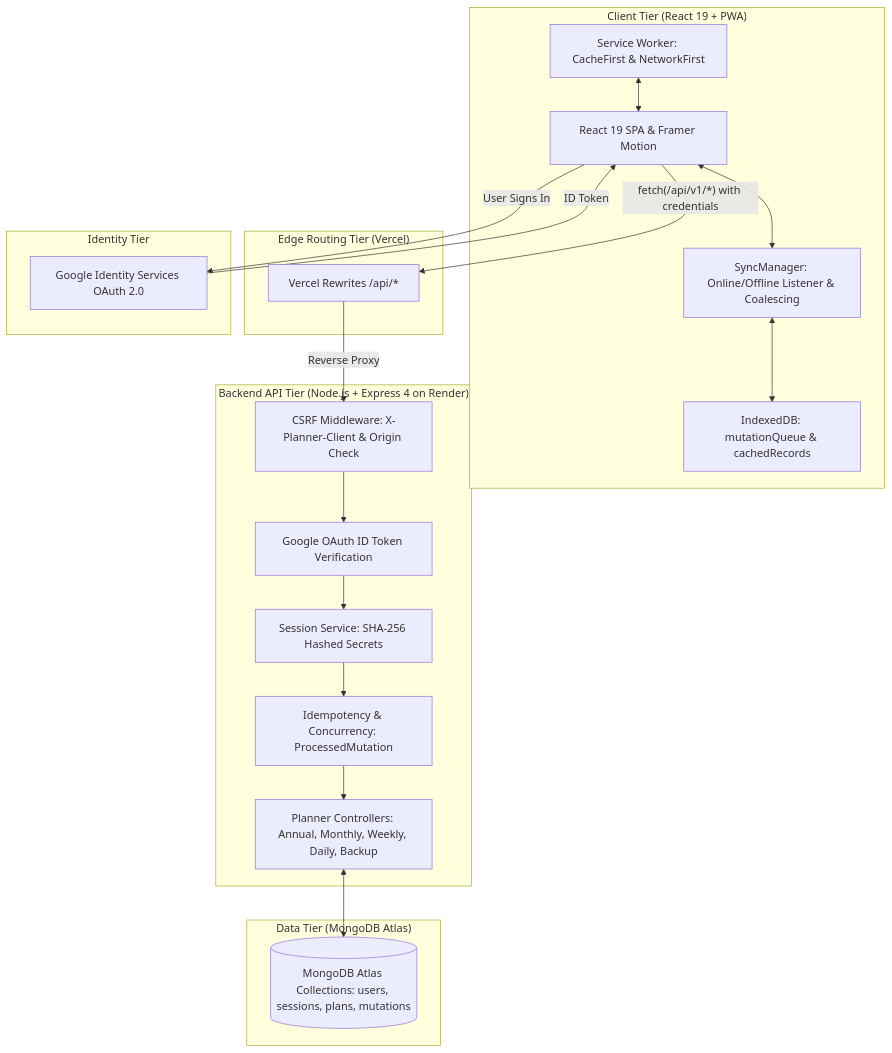
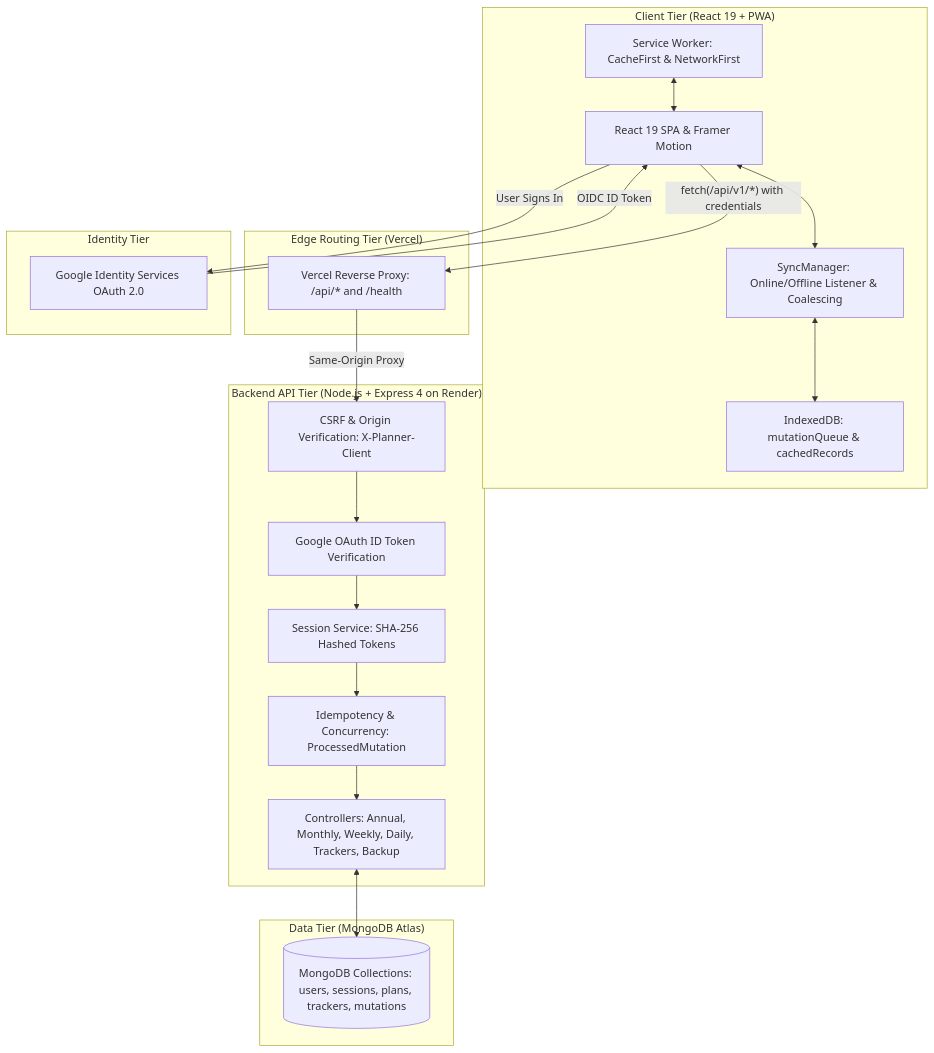
The diagram in README.md (petersisay/guided-annual-planner), drawn with Mermaid before and after one commit. The commit also changed other lines of this file, not shown here.

````diff
--- a/README.md
+++ b/README.md
@@ -141,42 +176,42 @@
 ```mermaid
 flowchart TD
-    subgraph Client ["Client Tier (React 19 + PWA)"]
-        UI[React 19 SPA & Framer Motion]
-        Cache[IndexedDB: mutationQueue & cachedRecords]
-        SW[Service Worker: CacheFirst & NetworkFirst]
-        Sync[SyncManager: Online/Offline Listener & Coalescing]
+    subgraph ClientTier ["Client Tier (React 19 + PWA)"]
+        UI["React 19 SPA & Framer Motion"]
+        Cache["IndexedDB: mutationQueue & cachedRecords"]
+        SW["Service Worker: CacheFirst & NetworkFirst"]
+        Sync["SyncManager: Online/Offline Listener & Coalescing"]
         UI <--> Sync
         Sync <--> Cache
         SW <--> UI
     end
 
-    subgraph Edge ["Edge Routing Tier (Vercel)"]
-        VercelRoute[Vercel Rewrites /api/*]
+    subgraph EdgeTier ["Edge Routing Tier (Vercel)"]
+        VercelRoute["Vercel Reverse Proxy: /api/* and /health"]
     end
 
-    subgraph Server ["Backend API Tier (Node.js + Express 4 on Render)"]
-        CSRF[CSRF Middleware: X-Planner-Client & Origin Check]
-        Auth[Google OAuth ID Token Verification]
-        SessionMgr[Session Service: SHA-256 Hashed Secrets]
-        Idemp[Idempotency & Concurrency: ProcessedMutation]
-        Controllers[Planner Controllers: Annual, Monthly, Weekly, Daily, Backup]
+    subgraph ServerTier ["Backend API Tier (Node.js + Express 4 on Render)"]
+        CSRF["CSRF & Origin Verification: X-Planner-Client"]
+        Auth["Google OAuth ID Token Verification"]
+        SessionMgr["Session Service: SHA-256 Hashed Tokens"]
+        Idemp["Idempotency & Concurrency: ProcessedMutation"]
+        Controllers["Controllers: Annual, Monthly, Weekly, Daily, Trackers, Backup"]
     end
 
-    subgraph Database ["Data Tier (MongoDB Atlas)"]
-        M0[(MongoDB Atlas Collections: users, sessions, plans, mutations)]
+    subgraph DataTier ["Data Tier (MongoDB Atlas)"]
+        MongoDb[("MongoDB Collections: users, sessions, plans, trackers, mutations")]
     end
 
-    subgraph GoogleAuth ["Identity Tier"]
-        Google[Google Identity Services OAuth 2.0]
+    subgraph GoogleTier ["Identity Tier"]
+        GoogleOidc["Google Identity Services OAuth 2.0"]
     end
 
-    UI -- "User Signs In" --> Google
-    Google -- "ID Token" --> UI
+    UI -- "User Signs In" --> GoogleOidc
+    GoogleOidc -- "OIDC ID Token" --> UI
     UI -- "fetch(/api/v1/*) with credentials" --> VercelRoute
-    VercelRoute -- "Reverse Proxy" --> CSRF
+    VercelRoute -- "Same-Origin Proxy" --> CSRF
     CSRF --> Auth
     Auth --> SessionMgr
     SessionMgr --> Idemp
     Idemp --> Controllers
-    Controllers <--> M0
+    Controllers <--> MongoDb
 ```
````
